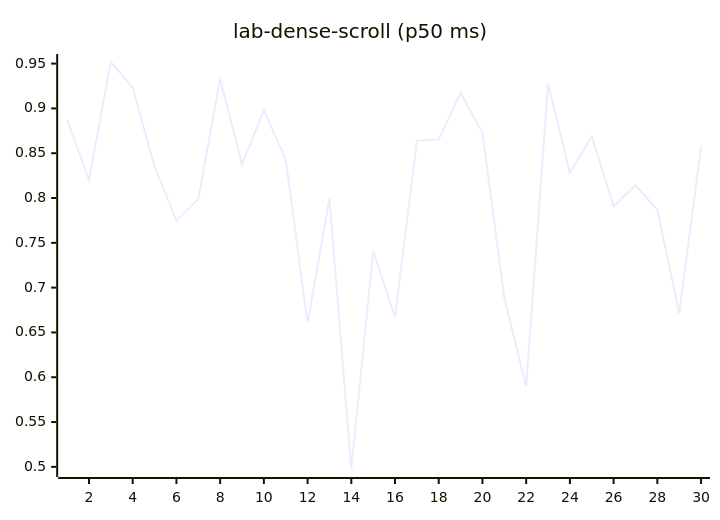
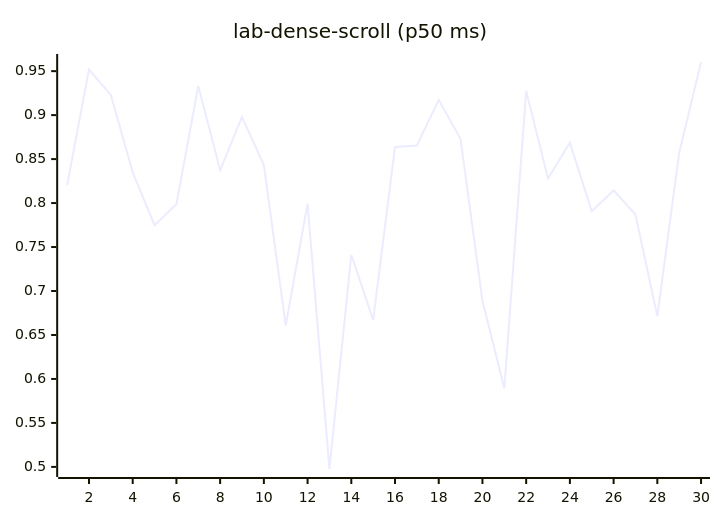
Before and after one commit to josha/Facet: diagram 12 of 27 in README.md, drawn with Mermaid. The commit also changed other lines of this file and 2 other files, not shown here.

````diff
--- a/README.md
+++ b/README.md
@@ -140,6 +140,6 @@
 ```mermaid
 xychart-beta
     title "lab-dense-scroll (p50 ms)"
     x-axis 1 --> 30
-    line [0.8871, 0.8203, 0.9518, 0.9230, 0.8349, 0.7748, 0.7987, 0.9331, 0.8374, 0.8979, 0.8432, 0.6608, 0.7993, 0.4976, 0.7412, 0.6669, 0.8638, 0.8655, 0.9174, 0.8727, 0.6887, 0.5895, 0.9275, 0.8280, 0.8687, 0.7908, 0.8143, 0.7869, 0.6713, 0.8570]
+    line [0.8203, 0.9518, 0.9230, 0.8349, 0.7748, 0.7987, 0.9331, 0.8374, 0.8979, 0.8432, 0.6608, 0.7993, 0.4976, 0.7412, 0.6669, 0.8638, 0.8655, 0.9174, 0.8727, 0.6887, 0.5895, 0.9275, 0.8280, 0.8687, 0.7908, 0.8143, 0.7869, 0.6713, 0.8570, 0.9604]
 ```
````
